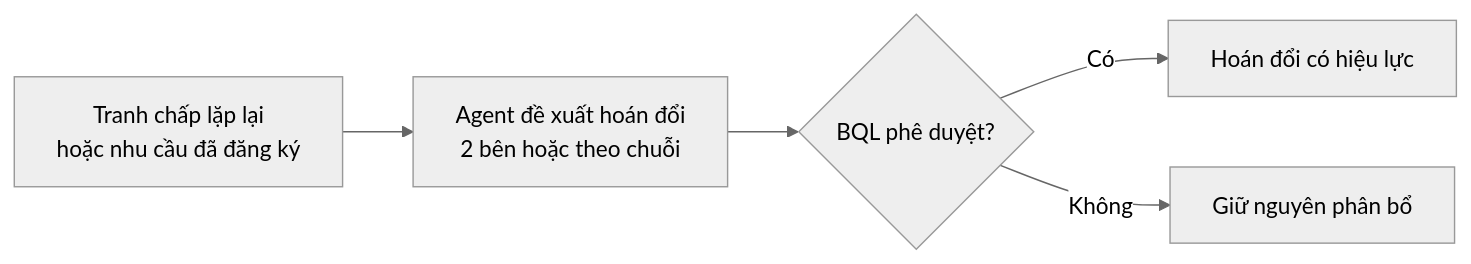
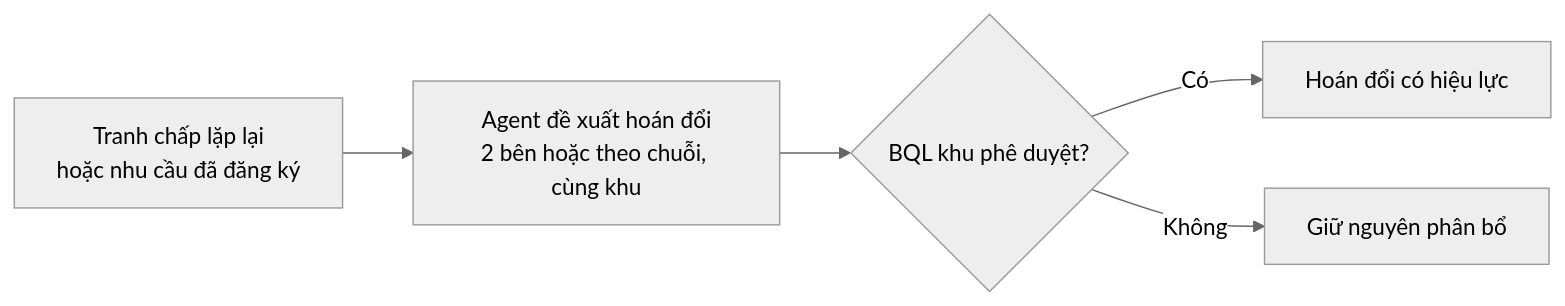
The sixth of 7 diagrams in docs/01-product/ux/user-flow.md (leewinie2104-lang/AITC-t-142), drawn with Mermaid (neutral theme) before and after one commit. The commit also changed other lines of this file and 28 other files, not shown here.

Commit message:
docs: update docs/01-product, create documents in docs/02-architecture

````diff
--- a/docs/01-product/ux/user-flow.md
+++ b/docs/01-product/ux/user-flow.md
@@ -70,7 +89,7 @@
 ```mermaid
 flowchart LR
-    A[Tranh chấp lặp lại<br/>hoặc nhu cầu đã đăng ký] --> B[Agent đề xuất hoán đổi<br/>2 bên hoặc theo chuỗi]
-    B --> C{BQL phê duyệt?}
+    A[Tranh chấp lặp lại<br/>hoặc nhu cầu đã đăng ký] --> B[Agent đề xuất hoán đổi<br/>2 bên hoặc theo chuỗi, cùng khu]
+    B --> C{BQL khu phê duyệt?}
     C -- Có --> D[Hoán đổi có hiệu lực]
     C -- Không --> E[Giữ nguyên phân bổ]
 ```
````
